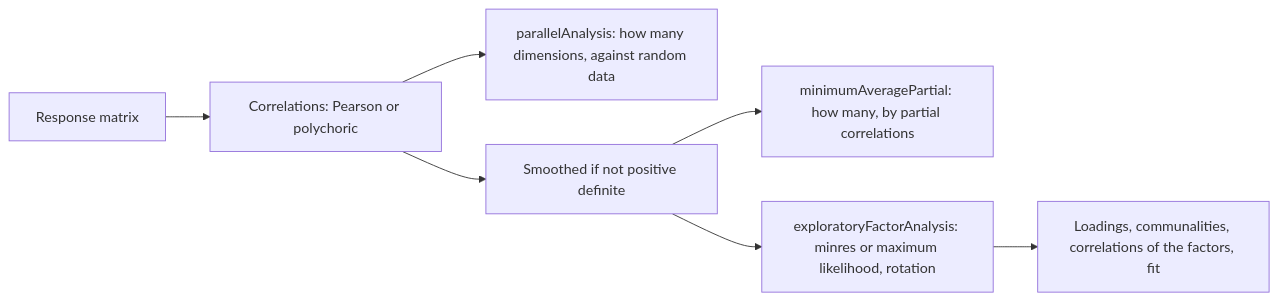
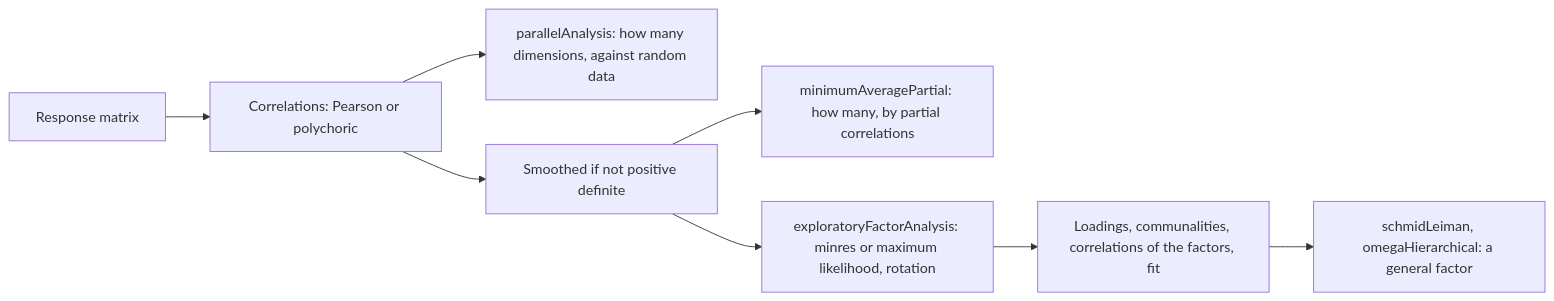
The first of 2 diagrams in docs/psychometrics/dimensionality.md (measurekit/measurekit), drawn with Mermaid before and after one commit. The commit also changed other lines of this file and 14 other files, not shown here.

First line of the commit message:
Add schmidLeiman and omegaHierarchical, against psych's schmid and omega and base R

````diff
--- a/docs/psychometrics/dimensionality.md
+++ b/docs/psychometrics/dimensionality.md
@@ -11,9 +11,10 @@
 ```mermaid
 flowchart LR
   R["Response matrix"] --> C["Correlations: Pearson or polychoric"]
   C --> PA["parallelAnalysis: how many dimensions, against random data"]
   C --> S["Smoothed if not positive definite"]
   S --> MAP["minimumAveragePartial: how many, by partial correlations"]
   S --> F["exploratoryFactorAnalysis: minres or maximum likelihood, rotation"]
   F --> L["Loadings, communalities, correlations of the factors, fit"]
+  L --> SL["schmidLeiman, omegaHierarchical: a general factor"]
 ```
````
